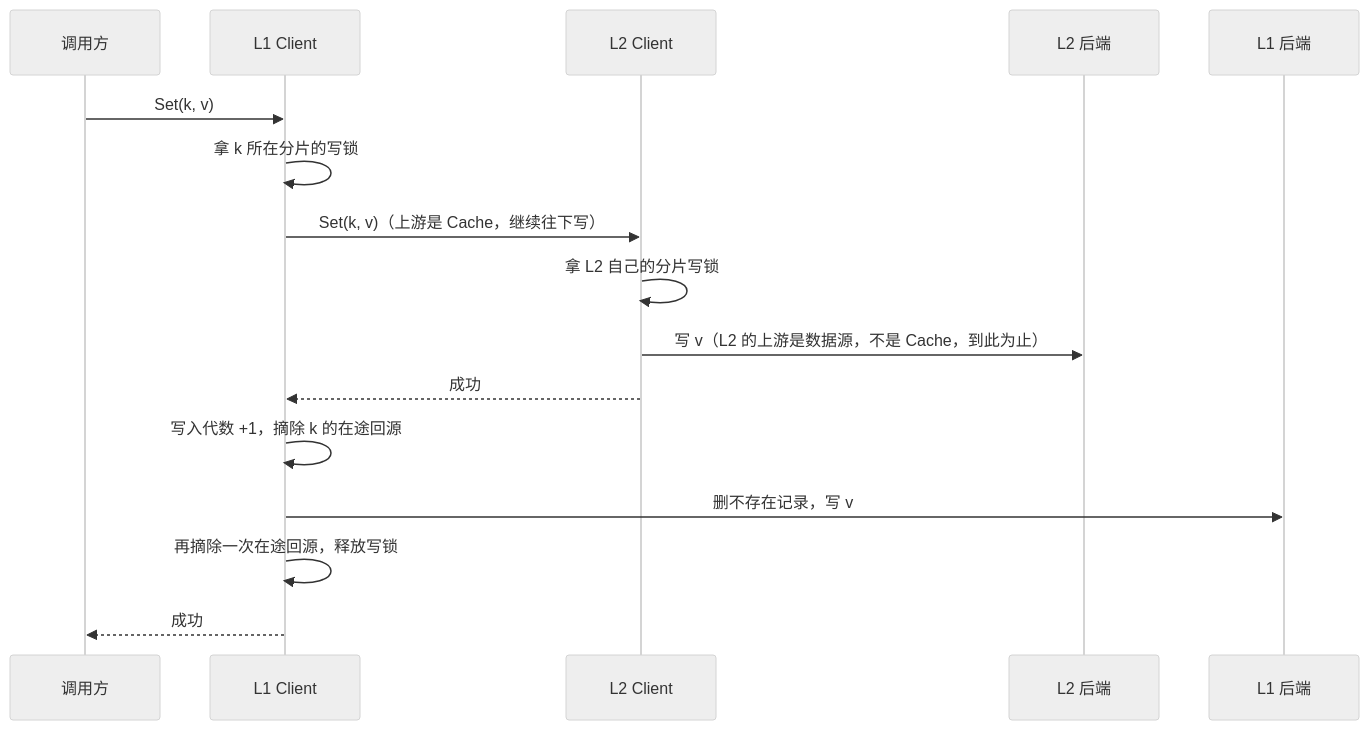
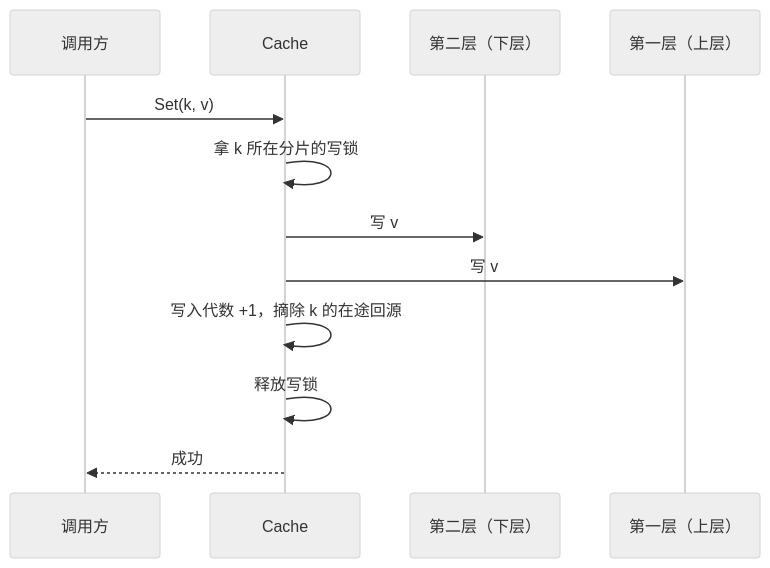
Before and after one commit to theplant/cachex: the first of 8 diagrams in docs/design/write-order.md, drawn with Mermaid (neutral theme). The commit also changed other lines of this file and 19 other files, not shown here.

````diff
--- a/docs/design/write-order.md
+++ b/docs/design/write-order.md
@@ -36,18 +36,14 @@
 ```mermaid
 sequenceDiagram
     participant C as 调用方
-    participant L1 as L1 Client
-    participant L2 as L2 Client
-    participant B2 as L2 后端
-    participant B1 as L1 后端
-    C->>L1: Set(k, v)
-    L1->>L1: 拿 k 所在分片的写锁
-    L1->>L2: Set(k, v)（上游是 Cache，继续往下写）
-    L2->>L2: 拿 L2 自己的分片写锁
-    L2->>B2: 写 v（L2 的上游是数据源，不是 Cache，到此为止）
-    L2-->>L1: 成功
-    L1->>L1: 写入代数 +1，摘除 k 的在途回源
-    L1->>B1: 删不存在记录，写 v
-    L1->>L1: 再摘除一次在途回源，释放写锁
-    L1-->>C: 成功
+    participant K as Cache
+    participant L1 as 第二层（下层）
+    participant L0 as 第一层（上层）
+    C->>K: Set(k, v)
+    K->>K: 拿 k 所在分片的写锁
+    K->>L1: 写 v
+    K->>L0: 写 v
+    K->>K: 写入代数 +1，摘除 k 的在途回源
+    K->>K: 释放写锁
+    K-->>C: 成功
 ```
````
